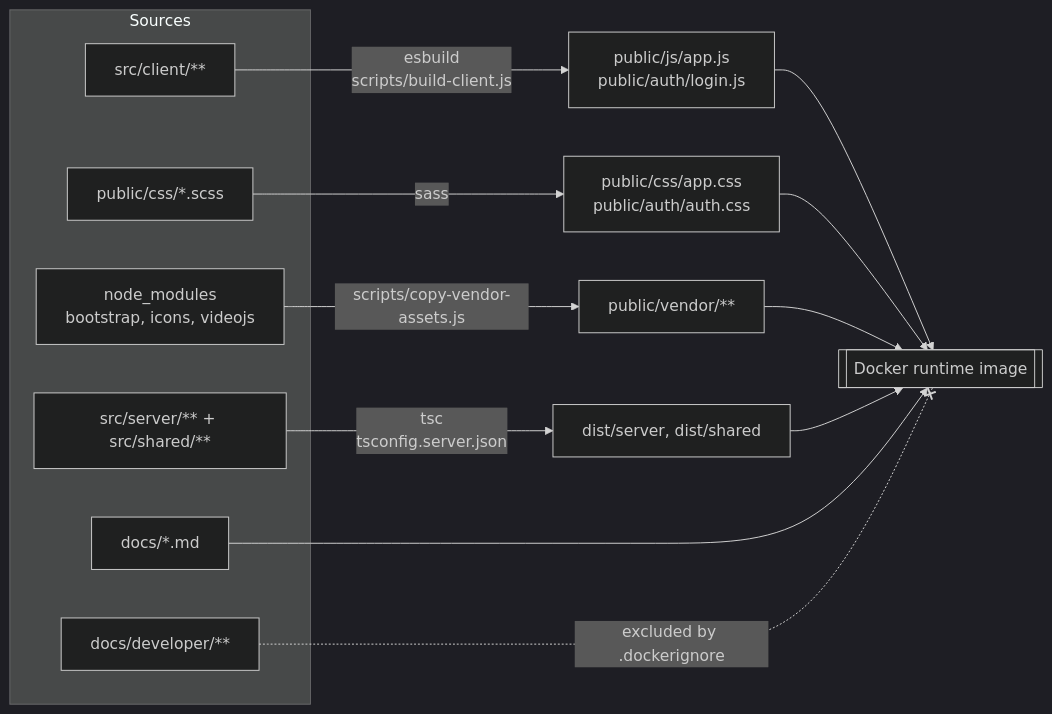
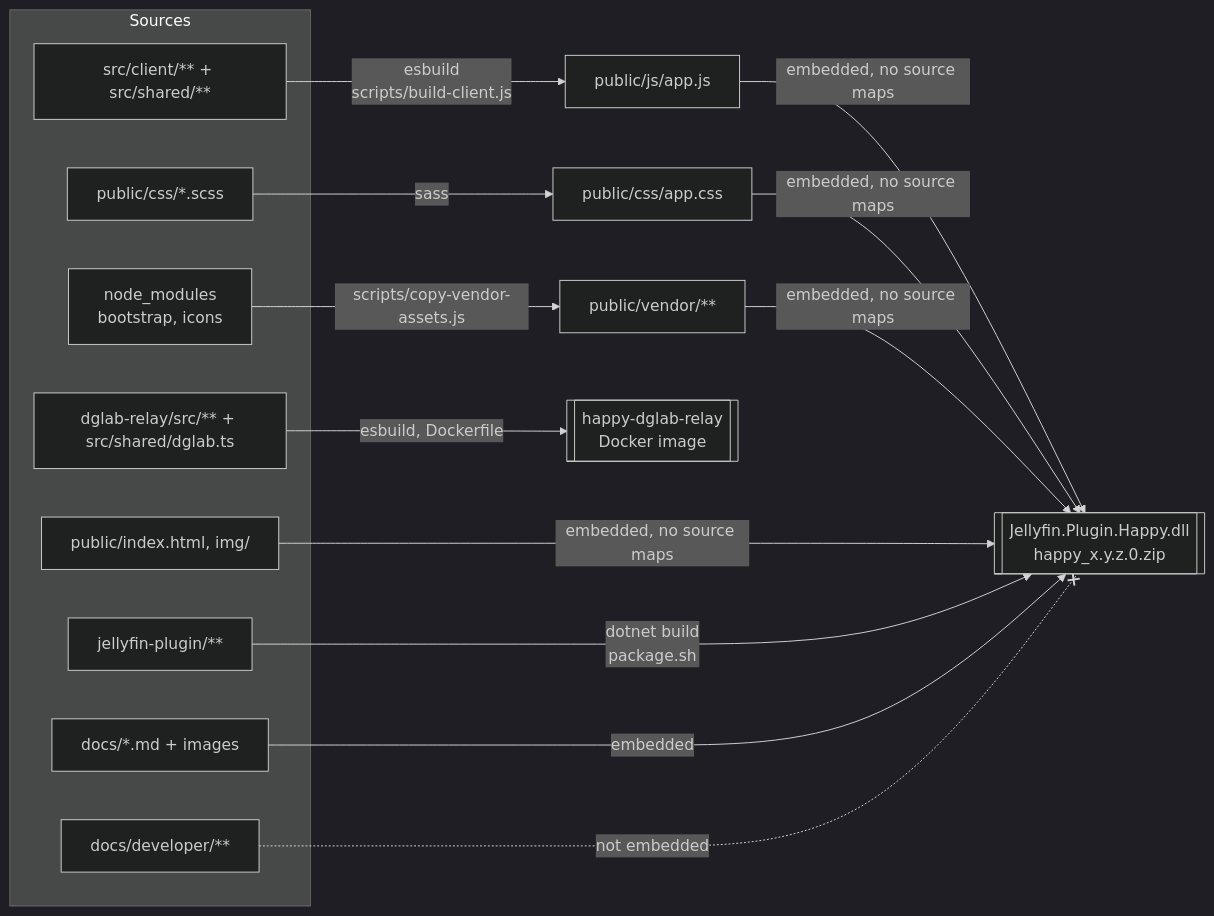
The third of 3 diagrams in docs/developer/architecture.md (lumbar-spine-support/docker-haptic-player), drawn with Mermaid (dark theme) before and after one commit. The commit also changed other lines of this file and 219 other files, not shown here.

````diff
--- a/docs/developer/architecture.md
+++ b/docs/developer/architecture.md
@@ -114,21 +118,23 @@
 ```mermaid
 flowchart LR
   subgraph sources["Sources"]
-    SC["src/client/**"]
-    SS["src/server/** + src/shared/**"]
+    SC["src/client/** + src/shared/**"]
     SCSS["public/css/*.scss"]
-    NM["node_modules<br/>bootstrap, icons, videojs"]
-    Docs["docs/*.md"]
+    NM["node_modules<br/>bootstrap, icons"]
+    Shell["public/index.html, img/"]
+    Docs["docs/*.md + images"]
     DevDocs["docs/developer/**"]
+    CS["jellyfin-plugin/**"]
+    RS["dglab-relay/src/** + src/shared/dglab.ts"]
   end
 
-  SC -- "esbuild<br/>scripts/build-client.js" --> JS["public/js/app.js<br/>public/auth/login.js"]
-  SS -- "tsc<br/>tsconfig.server.json" --> Dist["dist/server, dist/shared"]
-  SCSS -- sass --> CSS["public/css/app.css<br/>public/auth/auth.css"]
+  SC -- "esbuild<br/>scripts/build-client.js" --> JS["public/js/app.js"]
+  SCSS -- sass --> CSS["public/css/app.css"]
   NM -- "scripts/copy-vendor-assets.js" --> Vendor["public/vendor/**"]
 
-  JS & CSS & Vendor --> Image[["Docker runtime image"]]
-  Dist --> Image
-  Docs --> Image
-  DevDocs -. "excluded by .dockerignore" .-x Image
+  JS & CSS & Vendor & Shell -- "embedded, no source maps" --> DLL[["Jellyfin.Plugin.Happy.dll<br/>happy_x.y.z.0.zip"]]
+  CS -- "dotnet build<br/>package.sh" --> DLL
+  Docs -- embedded --> DLL
+  DevDocs -. "not embedded" .-x DLL
+  RS -- "esbuild, Dockerfile" --> RelayImage[["happy-dglab-relay<br/>Docker image"]]
 ```
````
